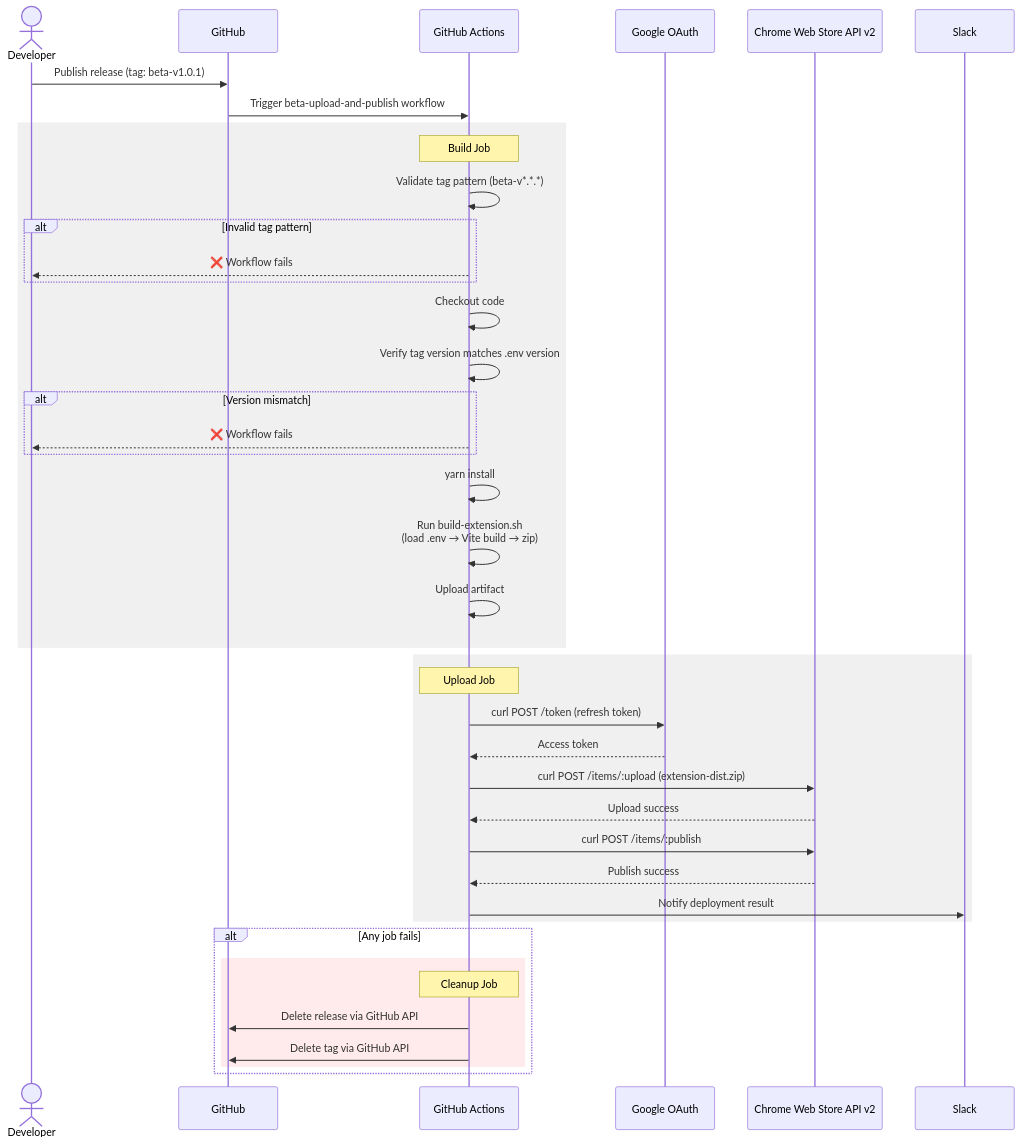
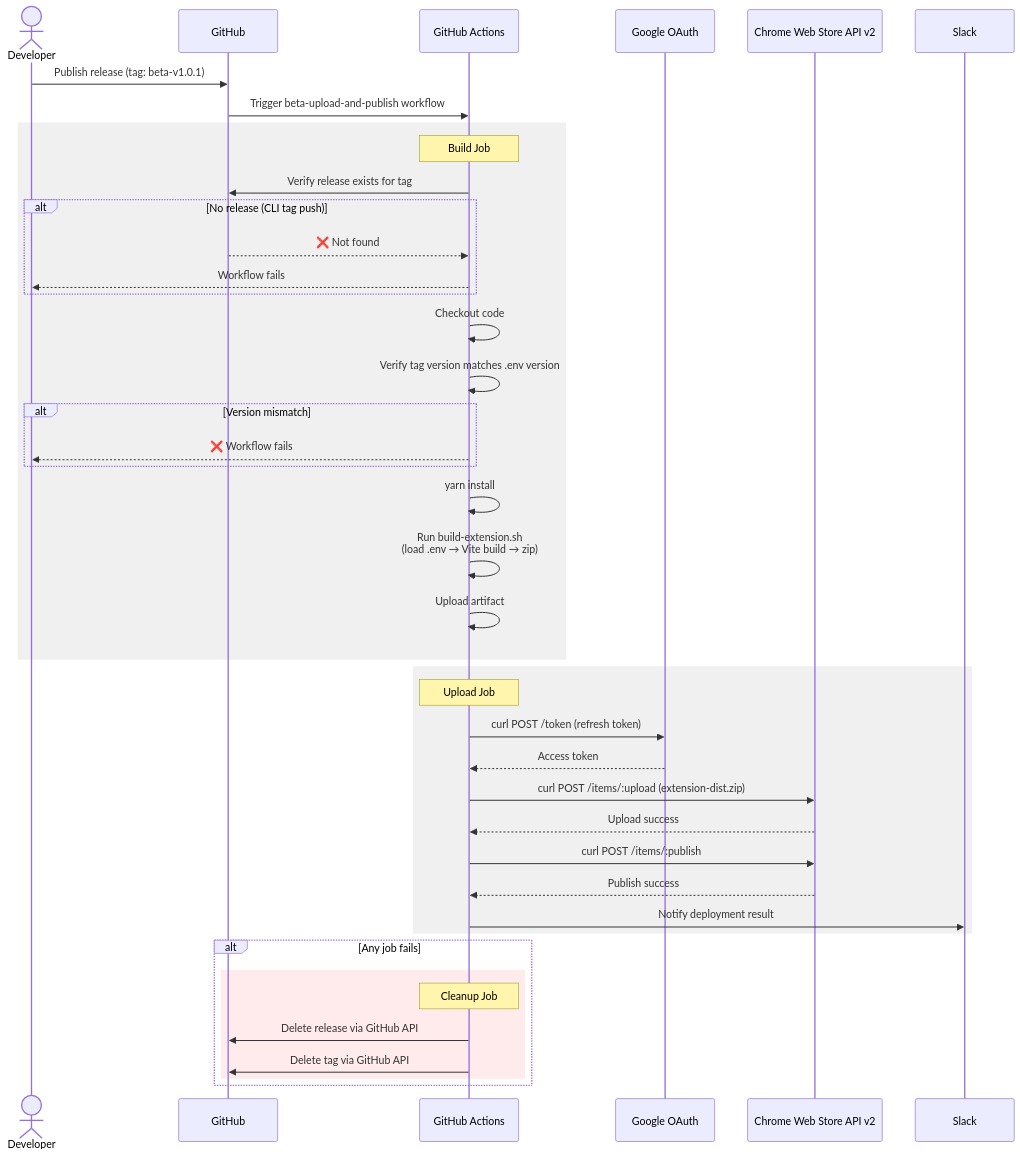
The diagram in docs/beta-workflow.mmd (cg-ysun/chrome-extension-test), drawn with Mermaid before and after one commit. The commit also changed 5 other files, not shown here.

```diff
--- a/docs/beta-workflow.mmd
+++ b/docs/beta-workflow.mmd
@@ -1,45 +1,46 @@
 sequenceDiagram
     actor Dev as Developer
     participant GH as GitHub
     participant GHA as GitHub Actions
     participant OAuth as Google OAuth
     participant CWS as Chrome Web Store API v2
     participant Slack as Slack
 
     Dev->>GH: Publish release (tag: beta-v1.0.1)
     GH->>GHA: Trigger beta-upload-and-publish workflow
 
     rect rgb(240, 240, 240)
         Note over GHA: Build Job
-        GHA->>GHA: Validate tag pattern (beta-v*.*.*)
-        alt Invalid tag pattern
-            GHA-->>Dev: ❌ Workflow fails
+        GHA->>GH: Verify release exists for tag
+        alt No release (CLI tag push)
+            GH-->>GHA: ❌ Not found
+            GHA-->>Dev: Workflow fails
         end
         GHA->>GHA: Checkout code
         GHA->>GHA: Verify tag version matches .env version
         alt Version mismatch
             GHA-->>Dev: ❌ Workflow fails
         end
         GHA->>GHA: yarn install
         GHA->>GHA: Run build-extension.sh<br/>(load .env → Vite build → zip)
         GHA->>GHA: Upload artifact
     end
 
     rect rgb(240, 240, 240)
         Note over GHA: Upload Job
         GHA->>OAuth: curl POST /token (refresh token)
         OAuth-->>GHA: Access token
         GHA->>CWS: curl POST /items/:upload (extension-dist.zip)
         CWS-->>GHA: Upload success
         GHA->>CWS: curl POST /items/:publish
         CWS-->>GHA: Publish success
         GHA->>Slack: Notify deployment result
     end
 
     alt Any job fails
         rect rgb(255, 235, 235)
             Note over GHA: Cleanup Job
             GHA->>GH: Delete release via GitHub API
             GHA->>GH: Delete tag via GitHub API
         end
     end
```
